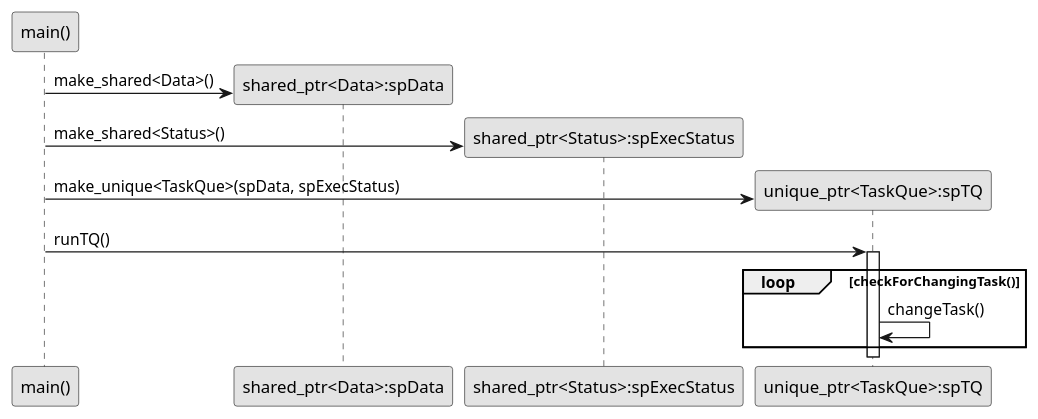
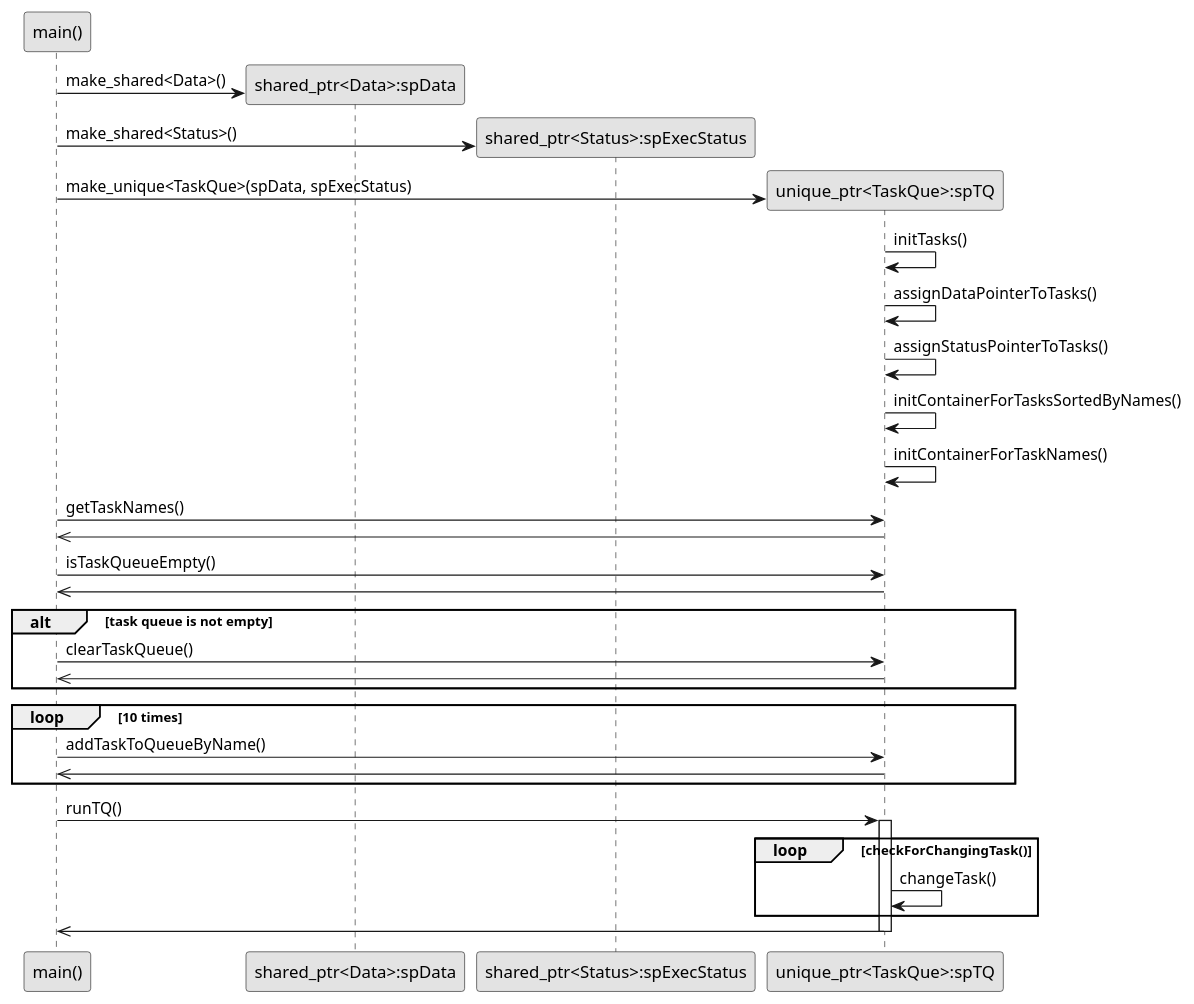
One commit to VPERepos/TaskQueueDesignPattern changed the diagram in SequenceDiagram.pu. Above: the diagram before and after it, drawn with PlantUML. The commit also changed 8 other files, not shown here.

```diff
--- a/SequenceDiagram.pu
+++ b/SequenceDiagram.pu
@@ -1,18 +1,38 @@
 @startuml
 skinparam monochrome true
 skinparam classAttributeIconSize 0
 
 participant "main()" as A
 participant "shared_ptr<Data>:spData" as B
 participant "shared_ptr<Status>:spExecStatus" as C
 participant "unique_ptr<TaskQue>:spTQ" as D
 A ->  B **: make_shared<Data>()
 A ->  C **: make_shared<Status>()
 A ->  D **: make_unique<TaskQue>(spData, spExecStatus)
+D -> D : initTasks()
+D -> D : assignDataPointerToTasks()
+D -> D : assignStatusPointerToTasks()
+D -> D : initContainerForTasksSortedByNames()
+D -> D : initContainerForTaskNames()
+A -> D : getTaskNames()
+D ->> A
+A -> D : isTaskQueueEmpty()
+D ->> A
+alt task queue is not empty
+A -> D : clearTaskQueue()
+D ->> A
+end
+loop 10 times
+A -> D : addTaskToQueueByName()
+D ->> A
+end
+
 A -> D : runTQ()
 activate D
 
 loop checkForChangingTask()
     D -> D: changeTask()
 end
+D ->> A
+deactivate D
 @enduml
```
